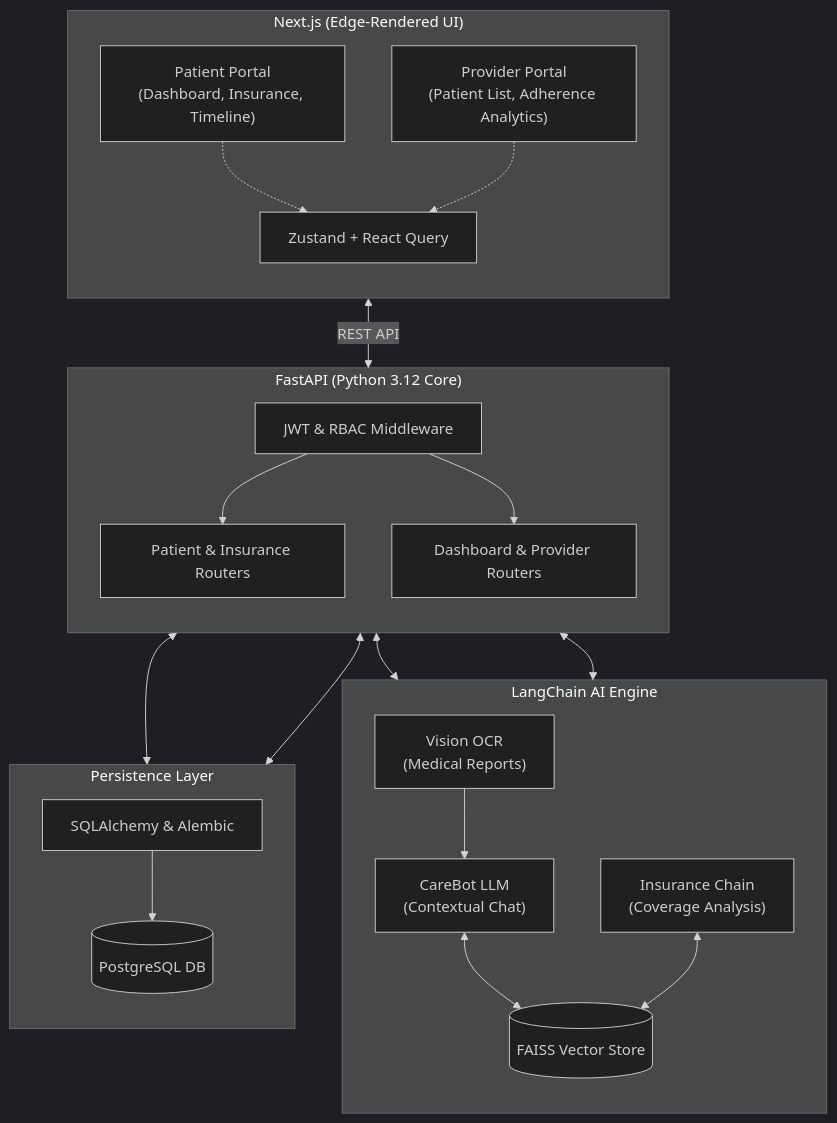
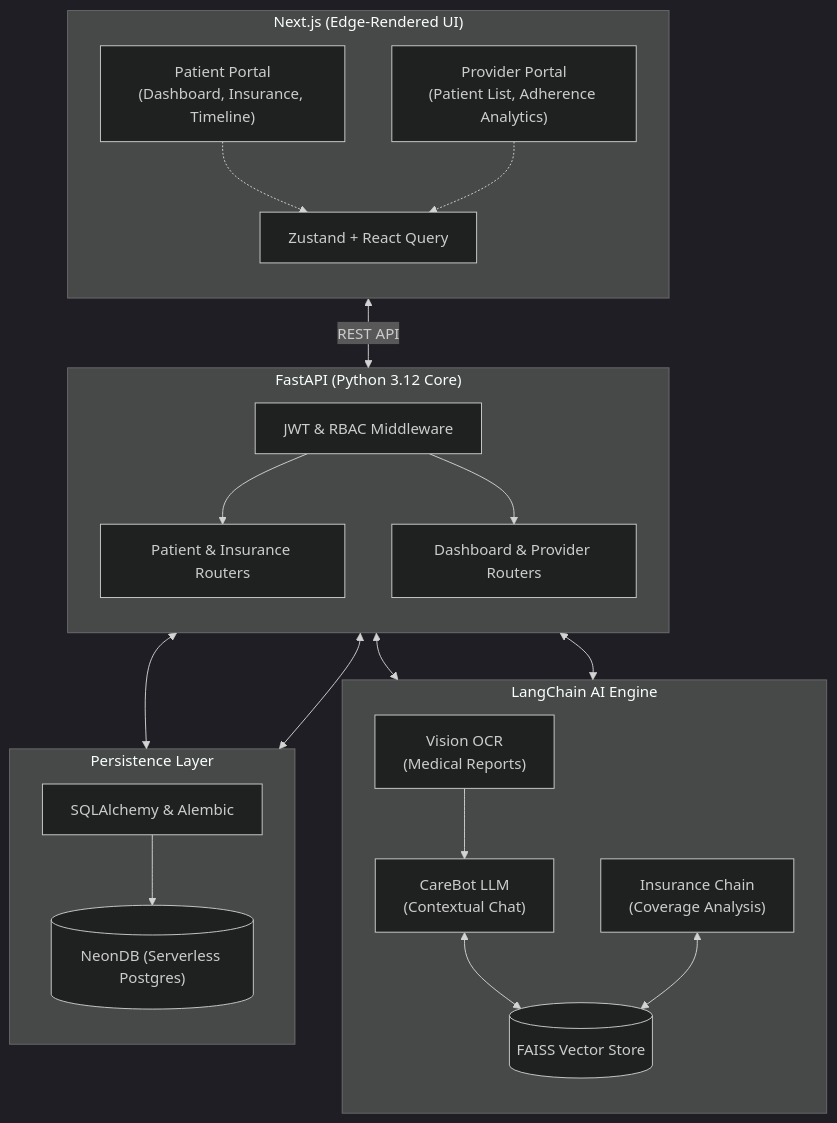
The diagram in README.md (AshrafGalaxy/CareFlow), drawn with Mermaid (dark theme) before and after one commit. The commit also changed other lines of this file, not shown here.

````diff
--- a/README.md
+++ b/README.md
@@ -55,46 +52,46 @@
 ```mermaid
 graph TD
     subgraph Frontend ["Next.js (Edge-Rendered UI)"]
         direction TB
         PatientUI["Patient Portal<br/>(Dashboard, Insurance, Timeline)"]
         ProviderUI["Provider Portal<br/>(Patient List, Adherence Analytics)"]
         State["Zustand + React Query"]
         PatientUI -.-> State
         ProviderUI -.-> State
     end
 
     subgraph Backend ["FastAPI (Python 3.12 Core)"]
         direction TB
         Auth["JWT & RBAC Middleware"]
         API_Patient["Patient & Insurance Routers"]
         API_Provider["Dashboard & Provider Routers"]
         Auth --> API_Patient
         Auth --> API_Provider
     end
 
     subgraph AI_Engine ["LangChain AI Engine"]
         direction TB
         OCR["Vision OCR<br/>(Medical Reports)"]
         Bot["CareBot LLM<br/>(Contextual Chat)"]
         InsuranceAI["Insurance Chain<br/>(Coverage Analysis)"]
         VectorDB[("FAISS Vector Store")]
         
         OCR --> Bot
         Bot <--> VectorDB
         InsuranceAI <--> VectorDB
     end
 
     subgraph Database ["Persistence Layer"]
         direction TB
-        Postgres[("PostgreSQL DB")]
+        NeonDB[("NeonDB (Serverless Postgres)")]
         ORM["SQLAlchemy & Alembic"]
-        ORM --> Postgres
+        ORM --> NeonDB
     end
 
     %% Flow connections
     State <-->|REST API| Auth
     API_Patient <--> OCR
     API_Patient <--> InsuranceAI
     API_Patient <--> ORM
     API_Provider <--> ORM
 ```
````
